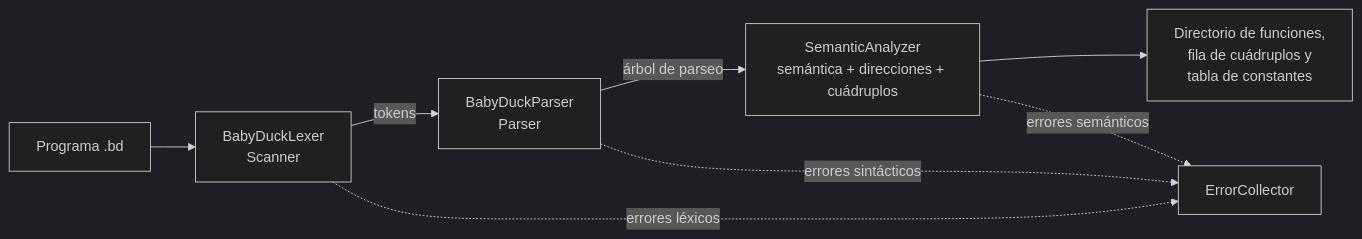
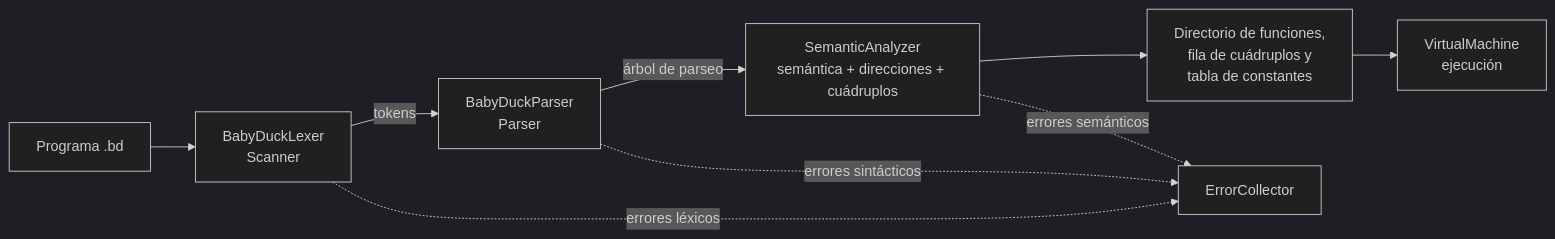
The diagram in docs/01_overview.md (mykrex/compilador), drawn with Mermaid (dark theme) before and after one commit. The commit also changed other lines of this file and 15 other files, not shown here.

````diff
--- a/docs/01_overview.md
+++ b/docs/01_overview.md
@@ -39,10 +40,11 @@
 ```mermaid
 flowchart LR
     A[Programa .bd] --> B[BabyDuckLexer<br/>Scanner]
     B -->|tokens| C[BabyDuckParser<br/>Parser]
     C -->|árbol de parseo| D[SemanticAnalyzer<br/>semántica + direcciones + cuádruplos]
     D --> F[Directorio de funciones,<br/>fila de cuádruplos y<br/>tabla de constantes]
+    F --> G[VirtualMachine<br/>ejecución]
     B -.->|errores léxicos| E[ErrorCollector]
     C -.->|errores sintácticos| E
     D -.->|errores semánticos| E
 ```
````
